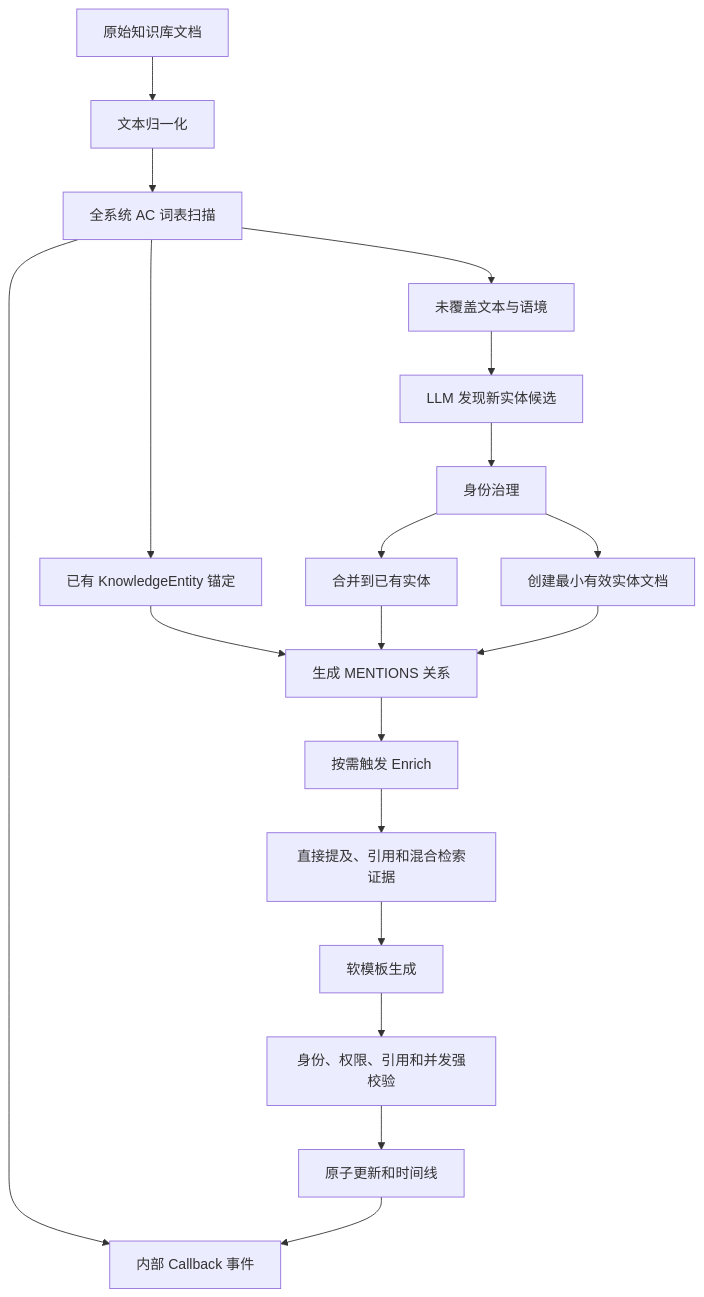
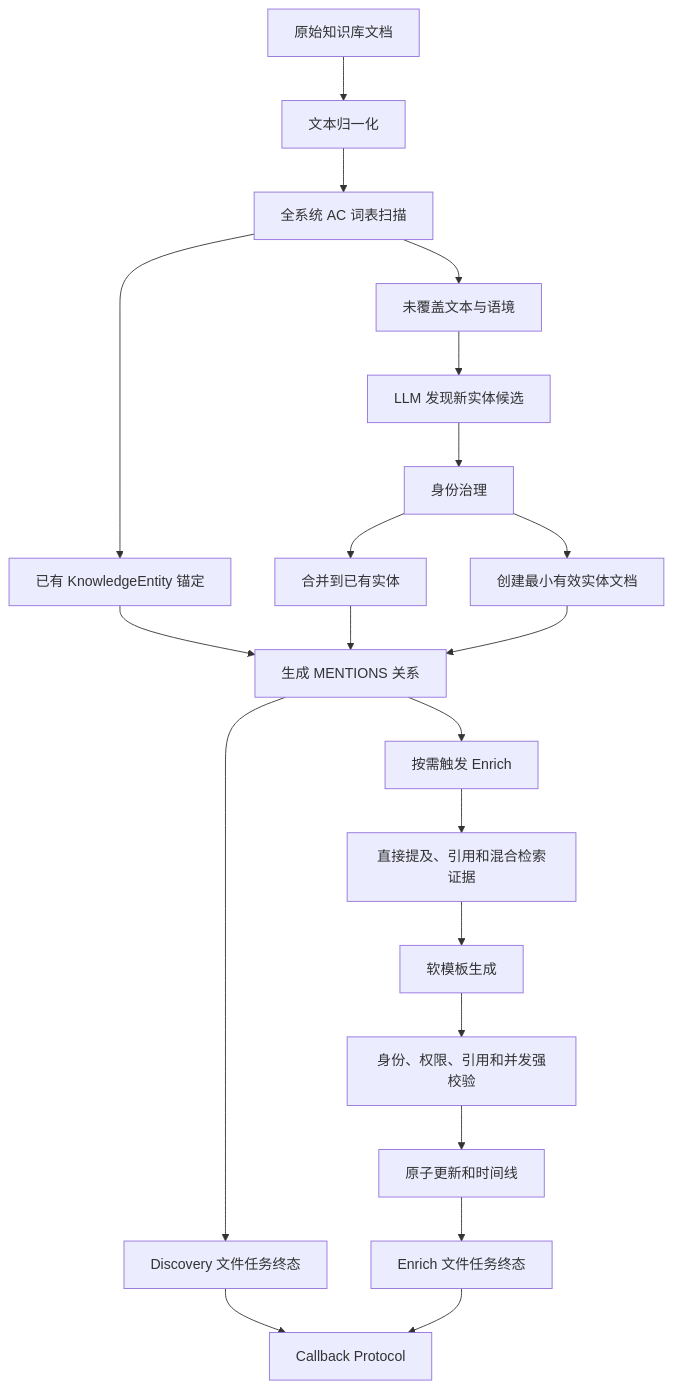
One commit to beyonai/ByKC changed the diagram in docs/modules/knowledge/knowledge-entity-discovery-enrichment-design.md. Above: the diagram before and after it, drawn with Mermaid. The commit also changed other lines of this file and 24 other files, not shown here.

````diff
--- a/docs/modules/knowledge/knowledge-entity-discovery-enrichment-design.md
+++ b/docs/modules/knowledge/knowledge-entity-discovery-enrichment-design.md
@@ -251,21 +252,23 @@
 ```mermaid
 flowchart TD
     Original["原始知识库文档"] --> Normalize["文本归一化"]
     Normalize --> AC["全系统 AC 词表扫描"]
     AC --> Known["已有 KnowledgeEntity 锚定"]
     AC --> Unknown["未覆盖文本与语境"]
     Unknown --> LLM["LLM 发现新实体候选"]
     LLM --> Resolve["身份治理"]
     Resolve --> Existing["合并到已有实体"]
     Resolve --> Create["创建最小有效实体文档"]
     Known --> Mention["生成 MENTIONS 关系"]
     Existing --> Mention
     Create --> Mention
     Mention --> Enrich["按需触发 Enrich"]
     Enrich --> Evidence["直接提及、引用和混合检索证据"]
     Evidence --> Generate["软模板生成"]
     Generate --> Validate["身份、权限、引用和并发强校验"]
     Validate --> Persist["原子更新和时间线"]
-    AC --> Callback["内部 Callback 事件"]
-    Persist --> Callback
+    Mention --> DiscoveryDone["Discovery 文件任务终态"]
+    Persist --> EnrichDone["Enrich 文件任务终态"]
+    DiscoveryDone --> Callback["Callback Protocol"]
+    EnrichDone --> Callback
 ```
````
